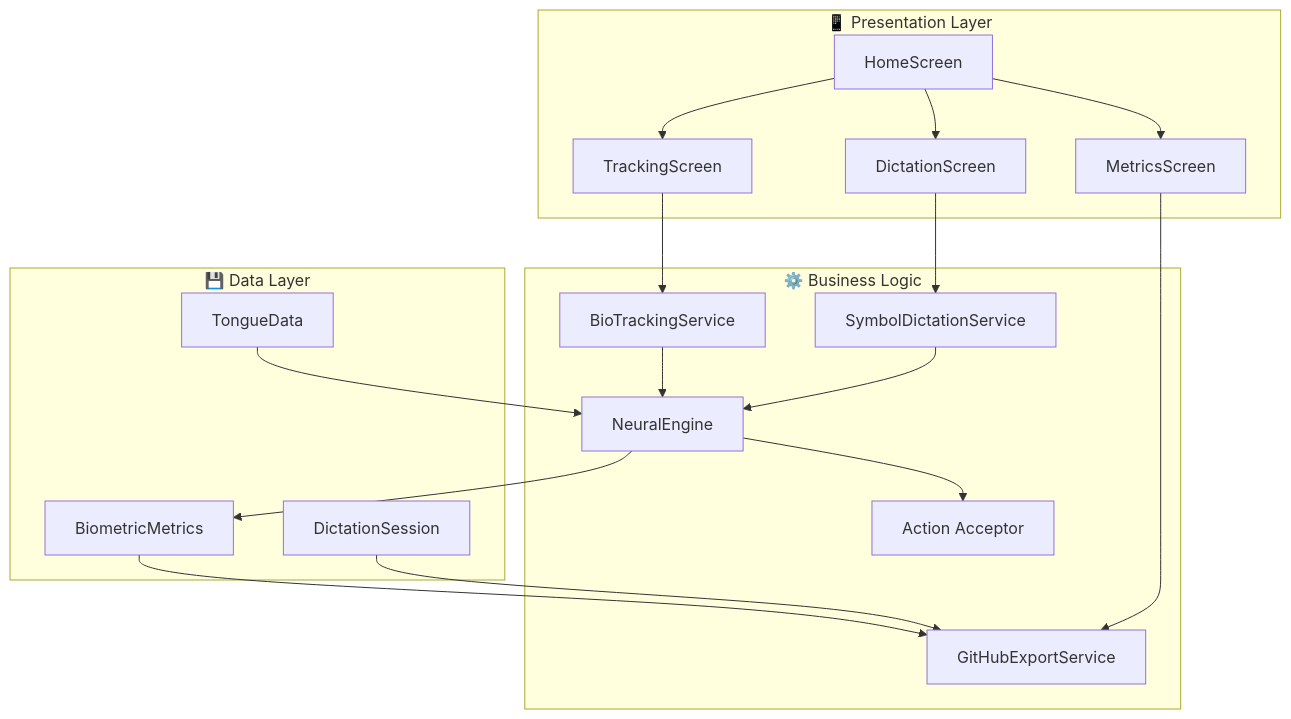
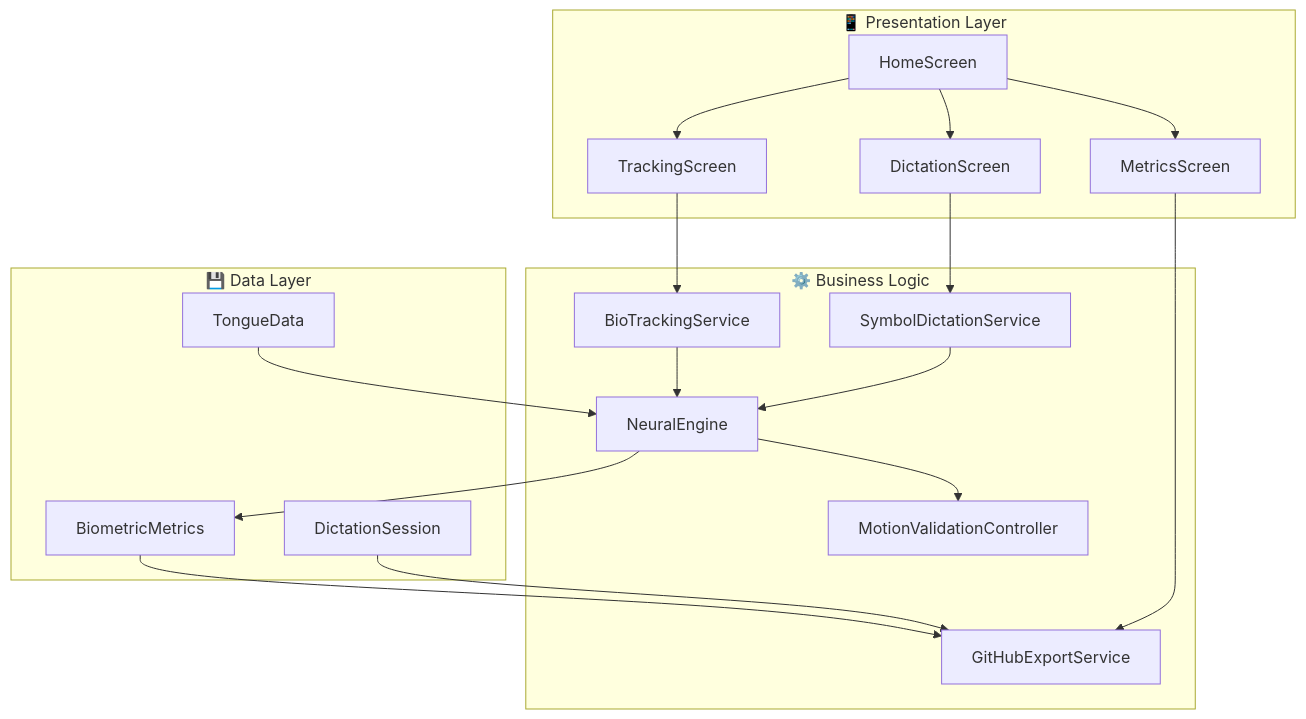
Before and after one commit to neuron7x/international-cunnibal: the third of 7 diagrams in README.md, drawn with Mermaid. The commit also changed other lines of this file and 3 other files, not shown here.

````diff
--- a/README.md
+++ b/README.md
@@ -245,26 +245,26 @@
 ```mermaid
 graph TB
     subgraph "📱 Presentation Layer"
         A[HomeScreen] --> B[TrackingScreen]
         A --> C[DictationScreen]
         A --> D[MetricsScreen]
     end
 
     subgraph "⚙️ Business Logic"
-        E[NeuralEngine] --> F[Action Acceptor]
+        E[NeuralEngine] --> F[MotionValidationController]
         G[BioTrackingService] --> E
         H[SymbolDictationService] --> E
         I[GitHubExportService]
     end
 
     subgraph "💾 Data Layer"
         J[TongueData] --> E
         K[BiometricMetrics] --> I
         L[DictationSession] --> I
     end
 
     B --> G
     C --> H
     D --> I
     E --> K
 ```
````
